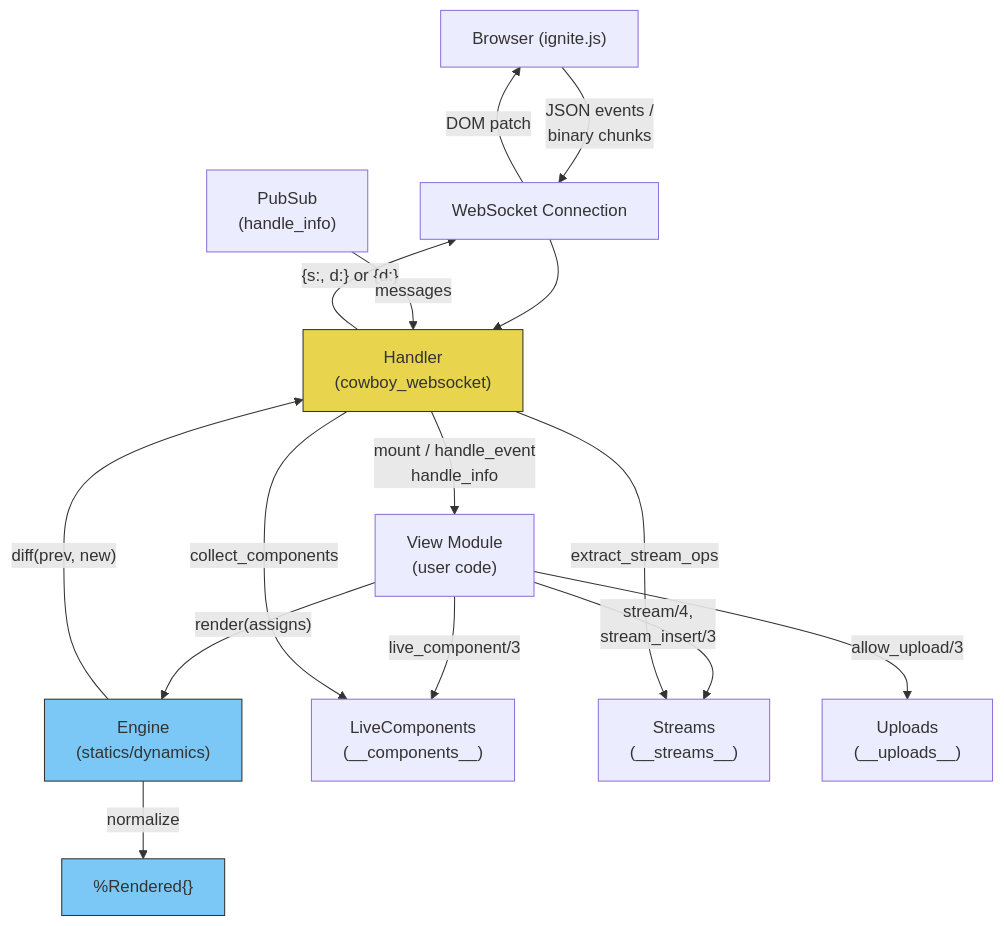
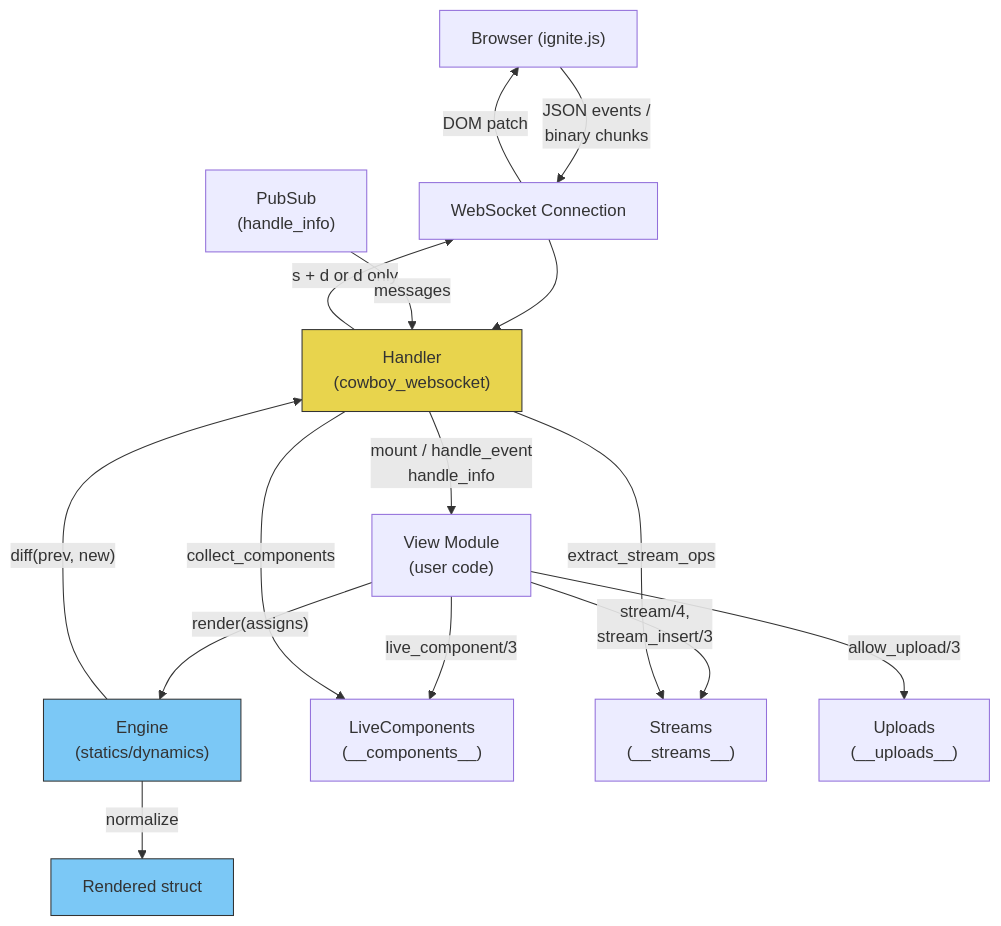
One commit to rajeshpillai/elixir-byowf changed the diagram in course/modules/04-liveview.md. Above: the diagram before and after it, drawn with Mermaid. The commit also changed 16 other files, not shown here.

First line of the commit message:
Fix Mermaid v11 syntax errors in course diagrams

````diff
--- a/course/modules/04-liveview.md
+++ b/course/modules/04-liveview.md
@@ -25,34 +25,34 @@
 ```mermaid
-graph TD
+flowchart TD
     Browser["Browser (ignite.js)"]
     WS["WebSocket Connection"]
     Handler["Handler<br/>(cowboy_websocket)"]
     ViewModule["View Module<br/>(user code)"]
     Engine["Engine<br/>(statics/dynamics)"]
-    Rendered["%Rendered{}"]
+    Rendered["Rendered struct"]
     Components["LiveComponents<br/>(__components__)"]
     Streams["Streams<br/>(__streams__)"]
     Uploads["Uploads<br/>(__uploads__)"]
     PubSub["PubSub<br/>(handle_info)"]
 
     Browser -- "JSON events /<br/>binary chunks" --> WS
     WS --> Handler
     Handler -- "mount / handle_event<br/>handle_info" --> ViewModule
     ViewModule -- "render(assigns)" --> Engine
     Engine -- "normalize" --> Rendered
     Engine -- "diff(prev, new)" --> Handler
-    Handler -- "{s:, d:} or {d:}" --> WS
+    Handler -- "s + d or d only" --> WS
     WS -- "DOM patch" --> Browser
 
     ViewModule -- "live_component/3" --> Components
     ViewModule -- "stream/4,<br/>stream_insert/3" --> Streams
     ViewModule -- "allow_upload/3" --> Uploads
     PubSub -- "messages" --> Handler
 
     Handler -- "extract_stream_ops" --> Streams
     Handler -- "collect_components" --> Components
 
     style Handler fill:#e8d44d,stroke:#333
     style Engine fill:#7bc8f6,stroke:#333
     style Rendered fill:#7bc8f6,stroke:#333
 ```
````
